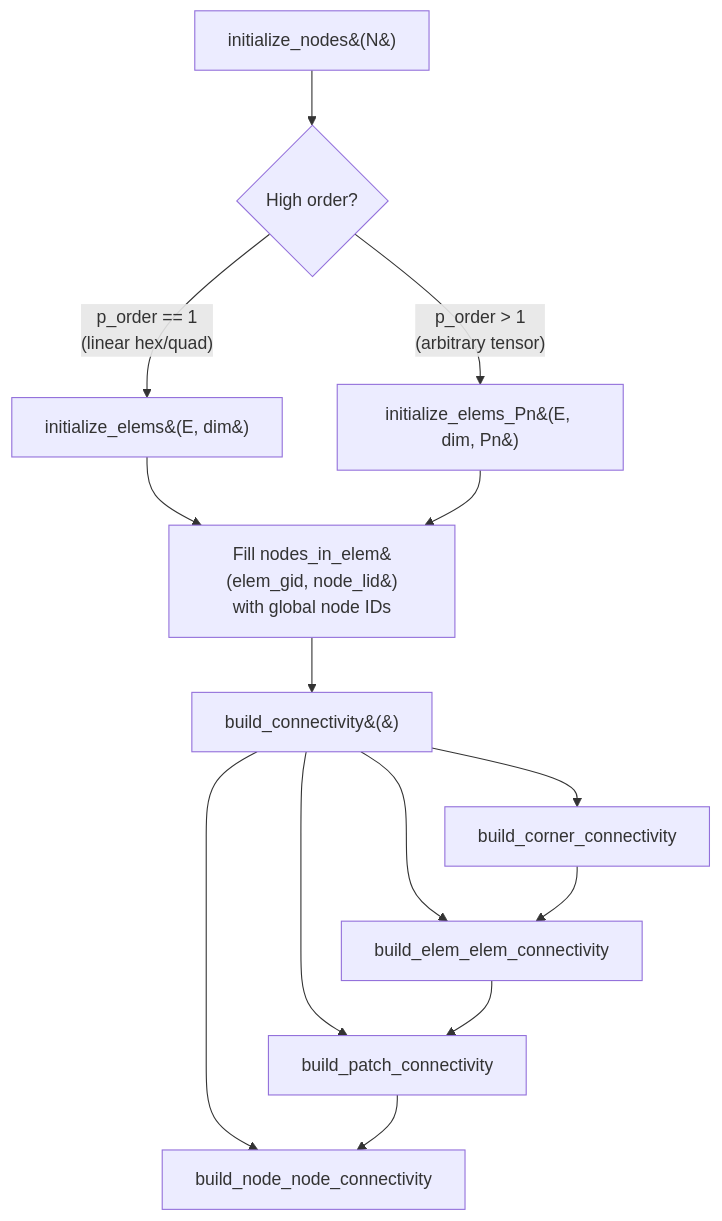
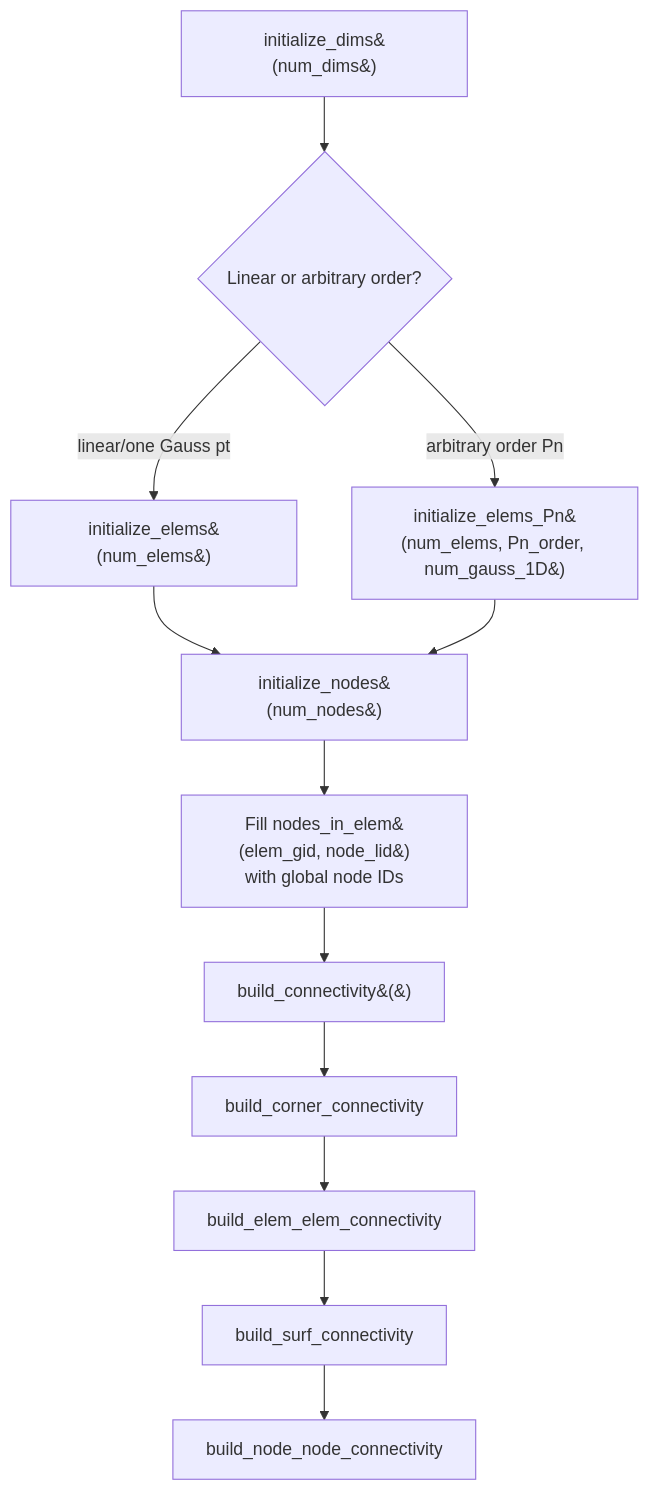
One commit to lanl/ELEMENTS changed the second of 4 diagrams in ELEMENTS_LLM_CONTEXT.md. Above: the diagram before and after it, drawn with Mermaid. The commit also changed other lines of this file, not shown here.

````diff
--- a/ELEMENTS_LLM_CONTEXT.md
+++ b/ELEMENTS_LLM_CONTEXT.md
@@ -369,16 +428,14 @@
 ```mermaid
 flowchart TD
-    A[initialize_nodes&#40;N&#41;] --> B{High order?}
-    B -- "p_order == 1<br/>(linear hex/quad)" --> C[initialize_elems&#40;E, dim&#41;]
-    B -- "p_order > 1<br/>(arbitrary tensor)" --> D[initialize_elems_Pn&#40;E, dim, Pn&#41;]
-    C --> E[Fill nodes_in_elem&#40;elem_gid, node_lid&#41;<br/>with global node IDs]
-    D --> E
+    A[initialize_dims&#40;num_dims&#41;] --> B{Linear or arbitrary order?}
+    B -- "linear/one Gauss pt" --> C[initialize_elems&#40;num_elems&#41;]
+    B -- "arbitrary order Pn" --> D[initialize_elems_Pn&#40;num_elems, Pn_order, num_gauss_1D&#41;]
+    C --> N[initialize_nodes&#40;num_nodes&#41;]
+    D --> N
+    N --> E[Fill nodes_in_elem&#40;elem_gid, node_lid&#41;<br/>with global node IDs]
     E --> F[build_connectivity&#40;&#41;]
     F --> G[build_corner_connectivity]
-    F --> H[build_elem_elem_connectivity]
-    F --> I[build_patch_connectivity]
-    F --> J[build_node_node_connectivity]
-    G --> H
-    H --> I
-    I --> J
+    G --> H[build_elem_elem_connectivity]
+    H --> I[build_surf_connectivity]
+    I --> J[build_node_node_connectivity]
 ```
````
